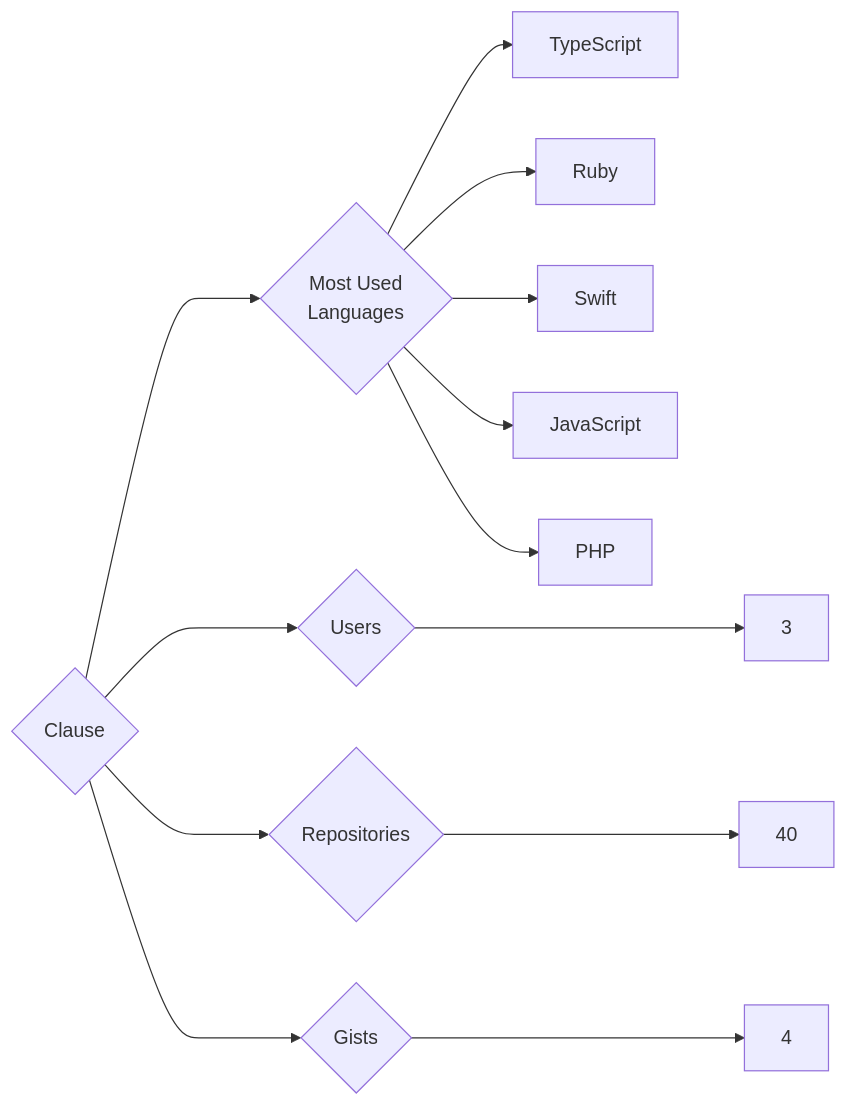
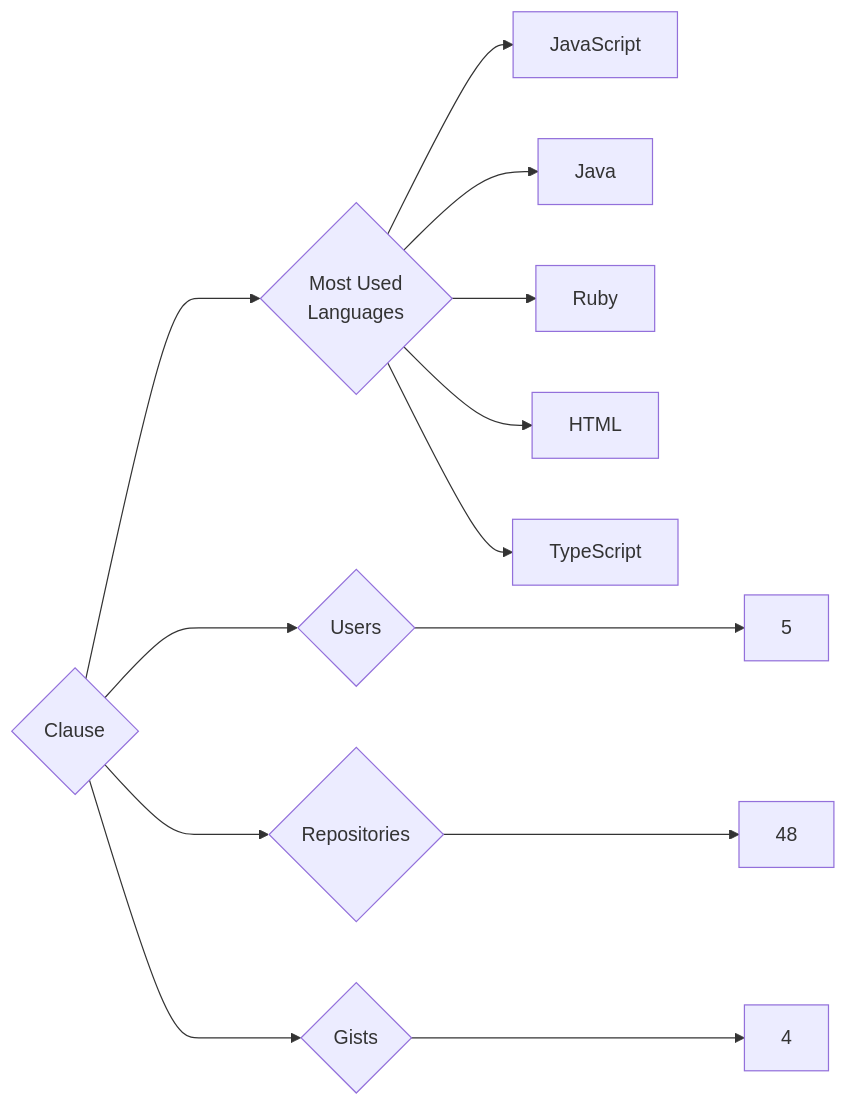
Before and after one commit to trickest/insiders: the diagram in targets/Clause/README.md, drawn with Mermaid. The commit also changed 1238 other files, not shown here.

````diff
--- a/targets/Clause/README.md
+++ b/targets/Clause/README.md
@@ -3,13 +3,13 @@
 ```mermaid
 graph LR
 COMPANY_NAME{Clause}
-COMPANY_NAME ---> U{Users} ---> UN[3]
-COMPANY_NAME ---> R{Repositories} ---> RN[40]
+COMPANY_NAME ---> U{Users} ---> UN[5]
+COMPANY_NAME ---> R{Repositories} ---> RN[48]
 COMPANY_NAME ---> G{Gists} ---> GN[4]
 COMPANY_NAME ---> ML{Most Used<br>Languages}
+ML --> JavaScript[JavaScript]
+ML --> Java[Java]
+ML --> Ruby[Ruby]
+ML --> HTML[HTML]
 ML --> TypeScript[TypeScript]
-ML --> Ruby[Ruby]
-ML --> Swift[Swift]
-ML --> JavaScript[JavaScript]
-ML --> PHP[PHP]
 ```
````
